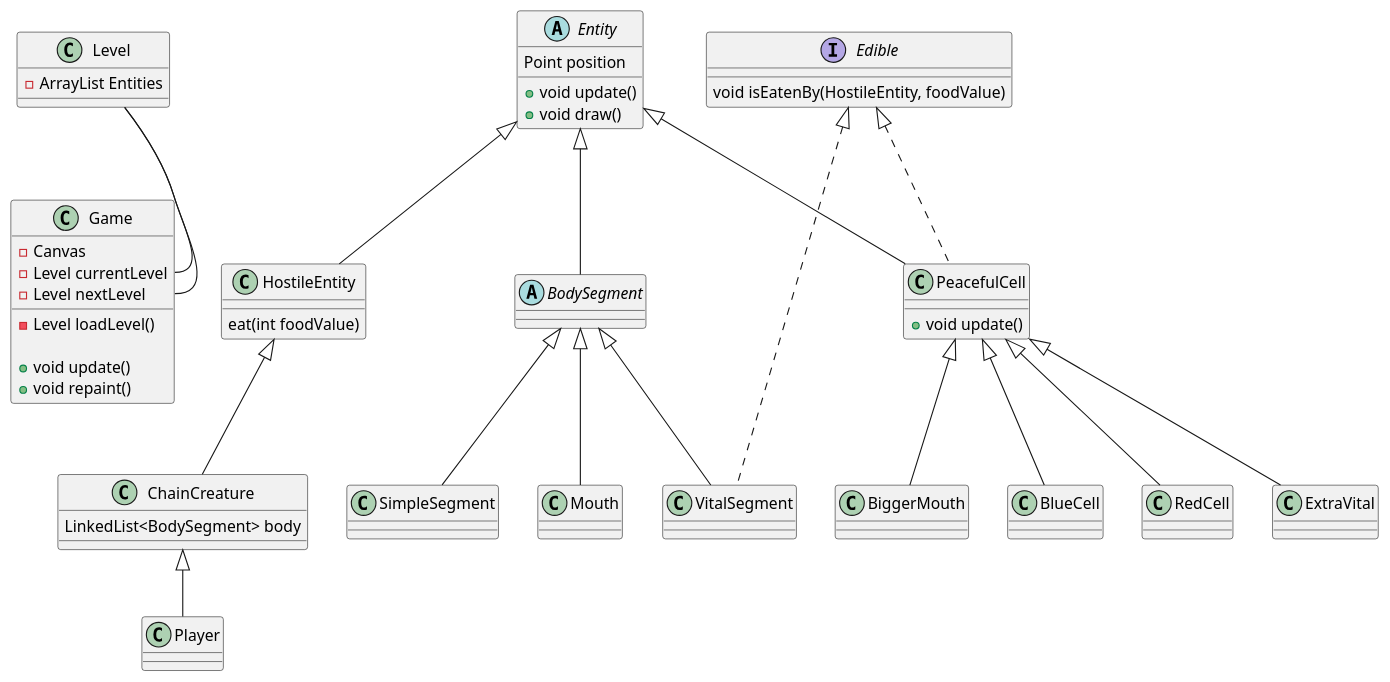
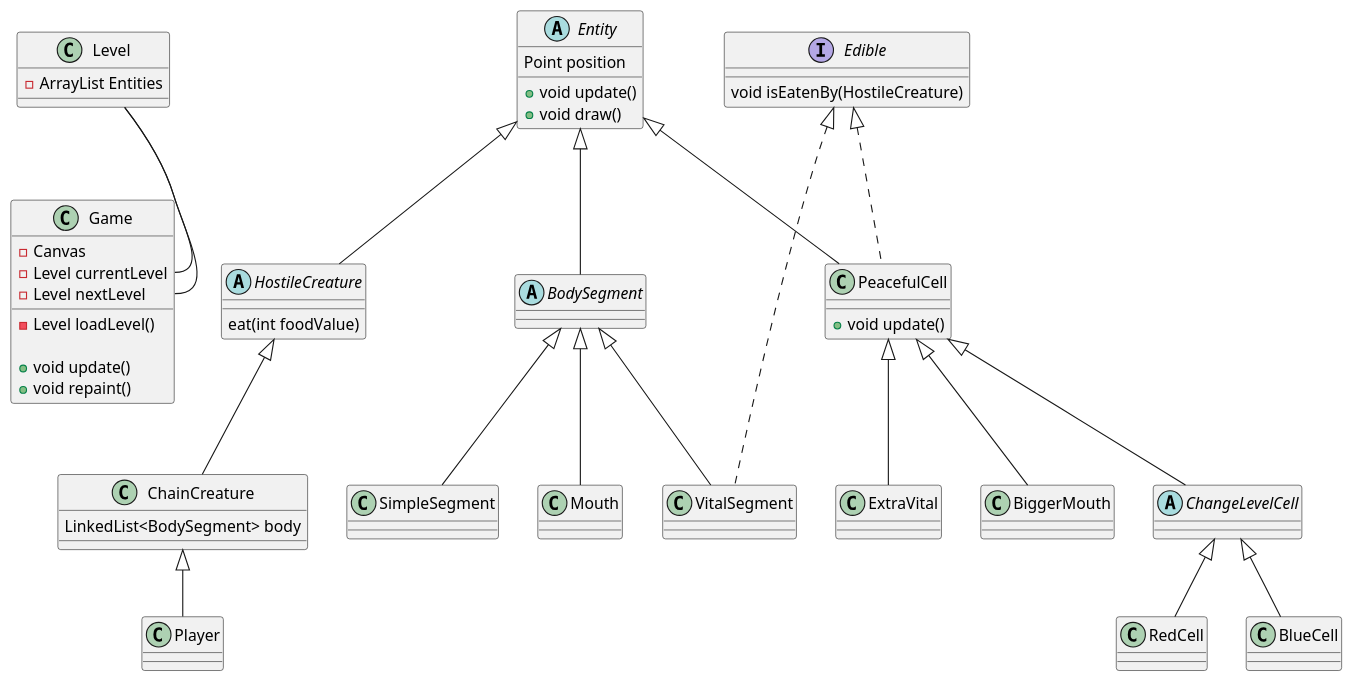
One commit to gb999/flOw changed the diagram in docs/spec/terv.md. Above: the diagram before and after it, drawn with PlantUML. The commit also changed 18 other files, not shown here.

````diff
--- a/docs/spec/terv.md
+++ b/docs/spec/terv.md
@@ -4,59 +4,61 @@
 ```plantuml
 @startuml
 class Level {
     - ArrayList Entities 
 } 
 class Game {
     - Canvas 
     - Level currentLevel   
     - Level nextLevel
     - Level loadLevel()
 
     + void update()
     + void repaint()
 }
 Level -- Game::currentLevel
 Level -- Game::nextLevel
 
 abstract class Entity {
     Point position
 
     + void update()
     + void draw()
 
 }
-class HostileEntity extends Entity {
+abstract HostileCreature extends Entity {
     eat(int foodValue)
 }
-class ChainCreature extends HostileEntity {
+class ChainCreature extends HostileCreature {
     LinkedList<BodySegment> body
 }
 class Player extends ChainCreature {
 
 }
 
 class PeacefulCell extends Entity implements Edible {
     + void update()
 }
 
-class BlueCell extends PeacefulCell 
-class RedCell extends PeacefulCell 
+abstract ChangeLevelCell extends PeacefulCell 
+
+class BlueCell extends ChangeLevelCell 
+class RedCell extends ChangeLevelCell 
 class ExtraVital extends PeacefulCell
 class BiggerMouth extends PeacefulCell
 
 
 interface Edible {
-    void isEatenBy(HostileEntity, foodValue)
+    void isEatenBy(HostileCreature)
 }
 
 abstract BodySegment extends Entity {
 
 }
 
 class Mouth extends BodySegment
 class VitalSegment extends BodySegment implements Edible
 class SimpleSegment extends BodySegment
 
 
 @enduml
 ```
````
